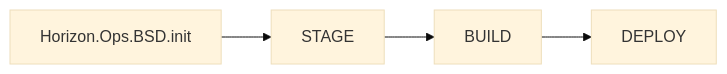
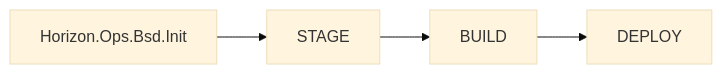
The diagram in README.md (jfreeze/horizon), drawn with Mermaid (base theme) before and after one commit. The commit also changed other lines of this file and 4 other files, not shown here.

````diff
--- a/README.md
+++ b/README.md
@@ -22,6 +22,6 @@
 ```mermaid
 graph LR
- A[Horizon.Ops.BSD.init] --> B[STAGE]
+ A[Horizon.Ops.Bsd.Init] --> B[STAGE]
  B --> C[BUILD]
  C --> D[DEPLOY]
 ```
````
